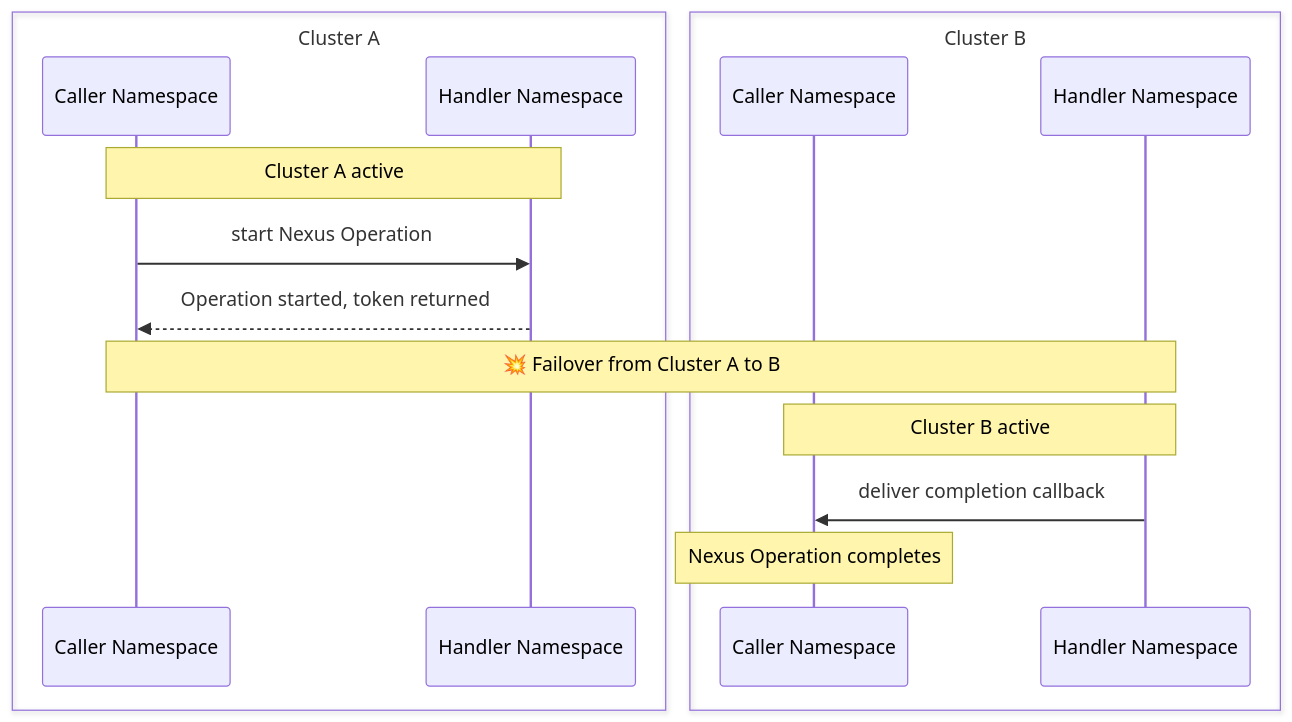
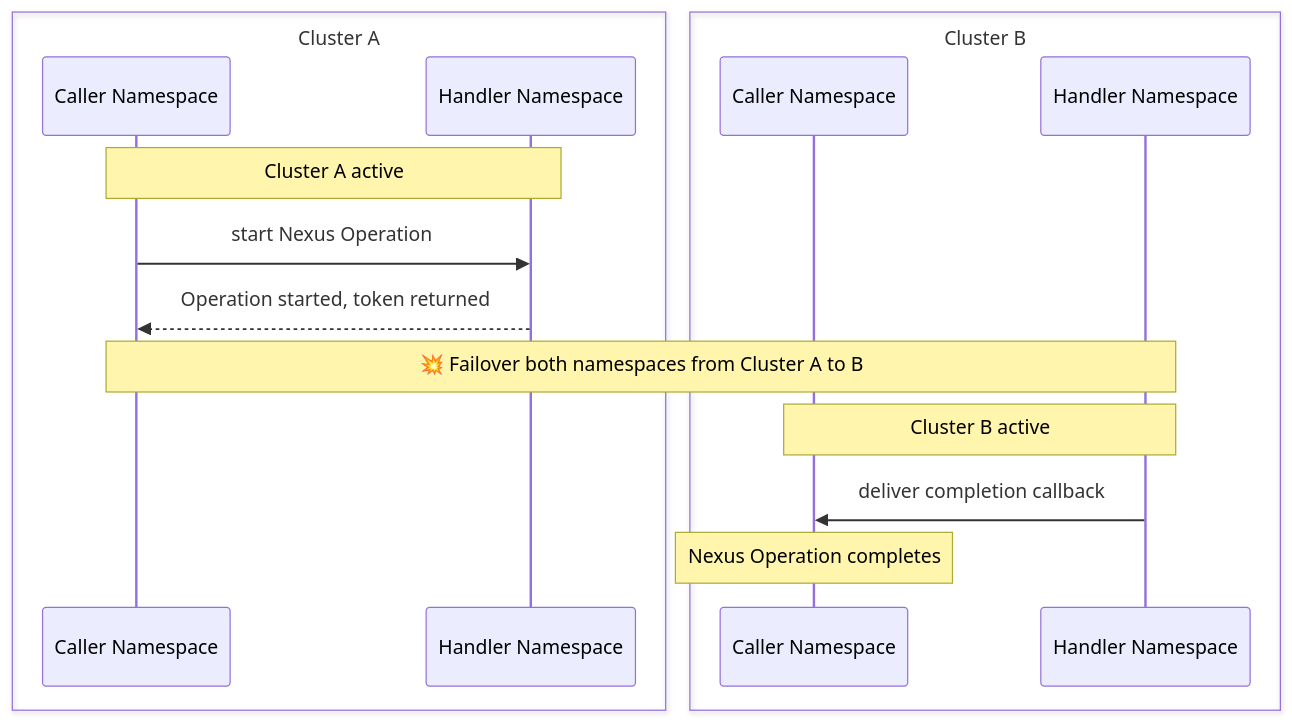
Before and after one commit to temporalio/documentation: the diagram in docs/production-deployment/self-hosted-guide/temporal-nexus.mdx, drawn with Mermaid.

````diff
--- a/docs/production-deployment/self-hosted-guide/temporal-nexus.mdx
+++ b/docs/production-deployment/self-hosted-guide/temporal-nexus.mdx
@@ -132,18 +132,18 @@
 ```mermaid
 sequenceDiagram
     box Cluster A
     participant caA as Caller Namespace
     participant haA as Handler Namespace
     end
     box Cluster B
     participant caB as Caller Namespace
     participant haB as Handler Namespace
     end
     Note over caA,haA: Cluster A active
     caA->>haA: start Nexus Operation
     haA-->>caA: Operation started, token returned
-    Note over caA,haB: 💥 Failover from Cluster A to B
+    Note over caA,haB: 💥 Failover both namespaces from Cluster A to B
     Note over caB,haB: Cluster B active
-    haB->>caB: deliver completion callback
+    haB->>caB: deliver completion callback  
     Note over caB: Nexus Operation completes
 ```
````
